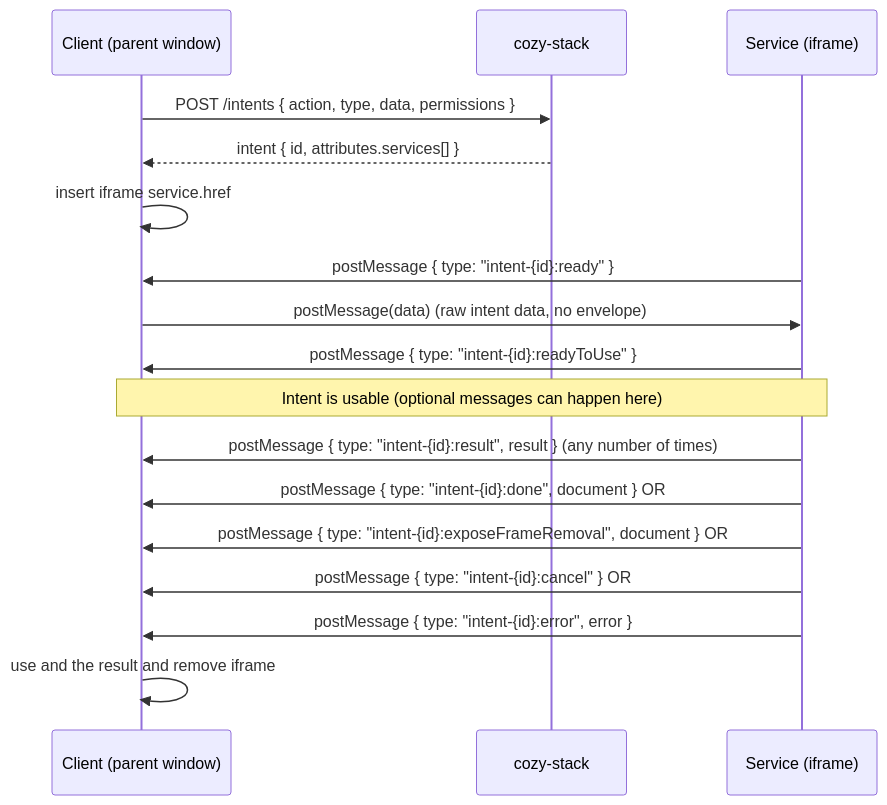
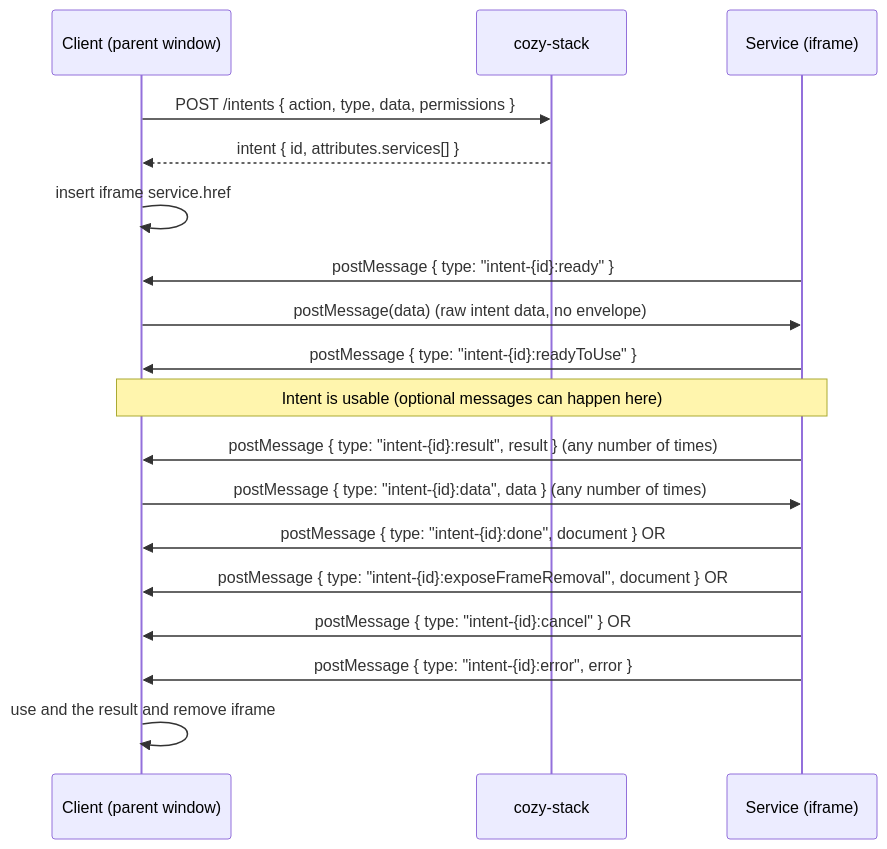
Before and after one commit to linagora/cozy-libs: the diagram in packages/cozy-interapp/README.md, drawn with Mermaid. The commit also changed other lines of this file and 4 other files, not shown here.

Commit message:
feat(cozy-interapp): Let a client send new data to an open intent

````diff
--- a/packages/cozy-interapp/README.md
+++ b/packages/cozy-interapp/README.md
@@ -69,20 +69,21 @@
 ```mermaid
 sequenceDiagram
     participant Client as Client (parent window)
     participant Stack as cozy-stack
     participant Service as Service (iframe)
 
     Client->>Stack: POST /intents { action, type, data, permissions }
     Stack-->>Client: intent { id, attributes.services[] }
     Client->>Client: insert iframe service.href
     Service->>Client: postMessage { type: "intent-{id}:ready" }
     Client->>Service: postMessage(data)  (raw intent data, no envelope)
     Service->>Client: postMessage { type: "intent-{id}:readyToUse" }
     Note over Client,Service: Intent is usable (optional messages can happen here)
     Service->>Client: postMessage { type: "intent-{id}:result", result }  (any number of times)
+    Client->>Service: postMessage { type: "intent-{id}:data", data }  (any number of times)
     Service->>Client: postMessage { type: "intent-{id}:done", document } OR
     Service->>Client: postMessage { type: "intent-{id}:exposeFrameRemoval", document } OR
     Service->>Client: postMessage { type: "intent-{id}:cancel" } OR
     Service->>Client: postMessage { type: "intent-{id}:error", error }
     Client->>Client: use and the result and remove iframe
 ```
````
